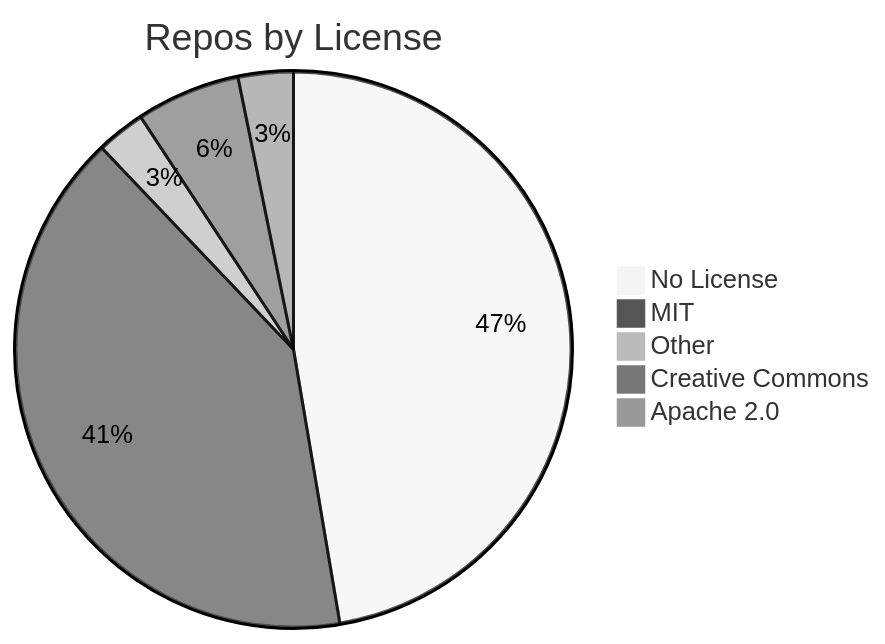
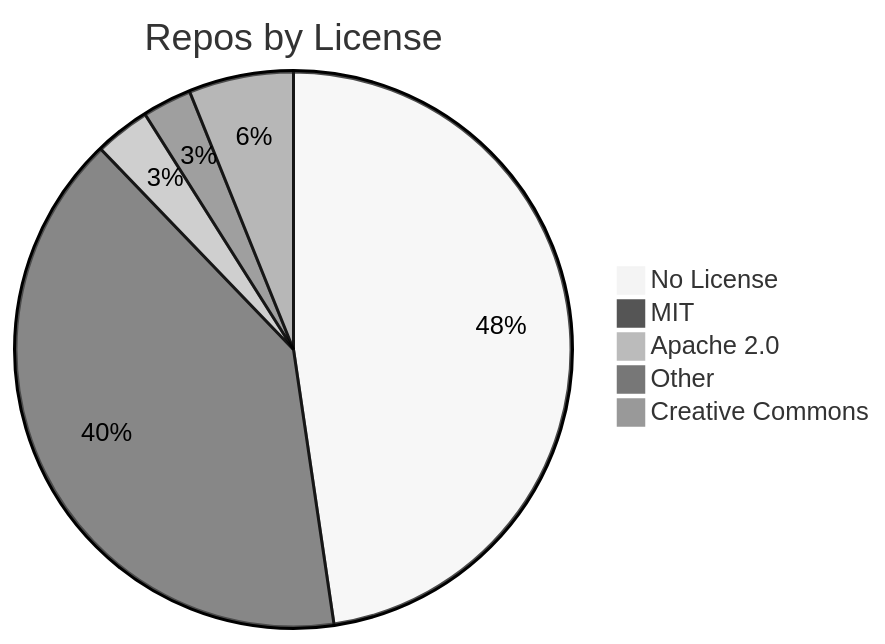
The diagram in README.md (jpatterson933/awesome-mcp-server-repo-index), drawn with Mermaid (neutral theme) before and after one commit. The commit also changed other lines of this file and 3 other files, not shown here.

````diff
--- a/README.md
+++ b/README.md
@@ -29,8 +29,8 @@
 ```mermaid
 pie title Repos by License
     "No License" : 133
-    "MIT" : 114
+    "MIT" : 112
+    "Apache 2.0" : 9
     "Other" : 8
     "Creative Commons" : 17
-    "Apache 2.0" : 9
 ```
````
